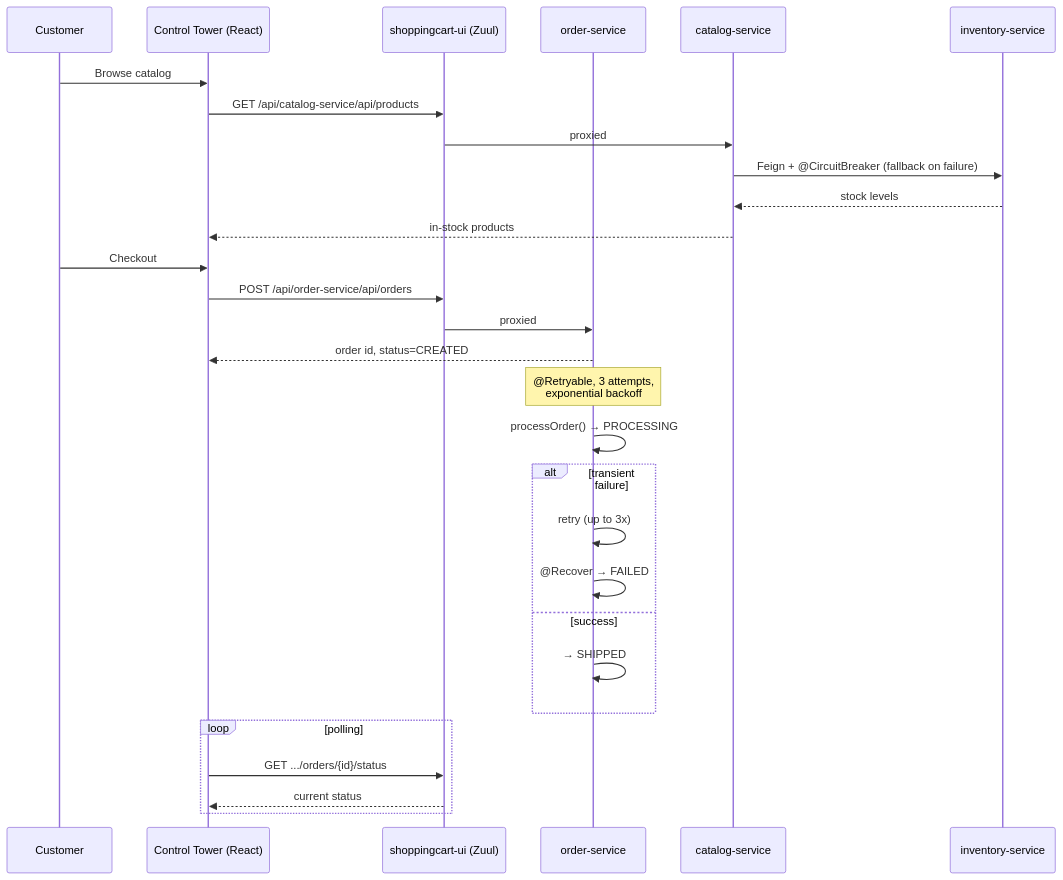
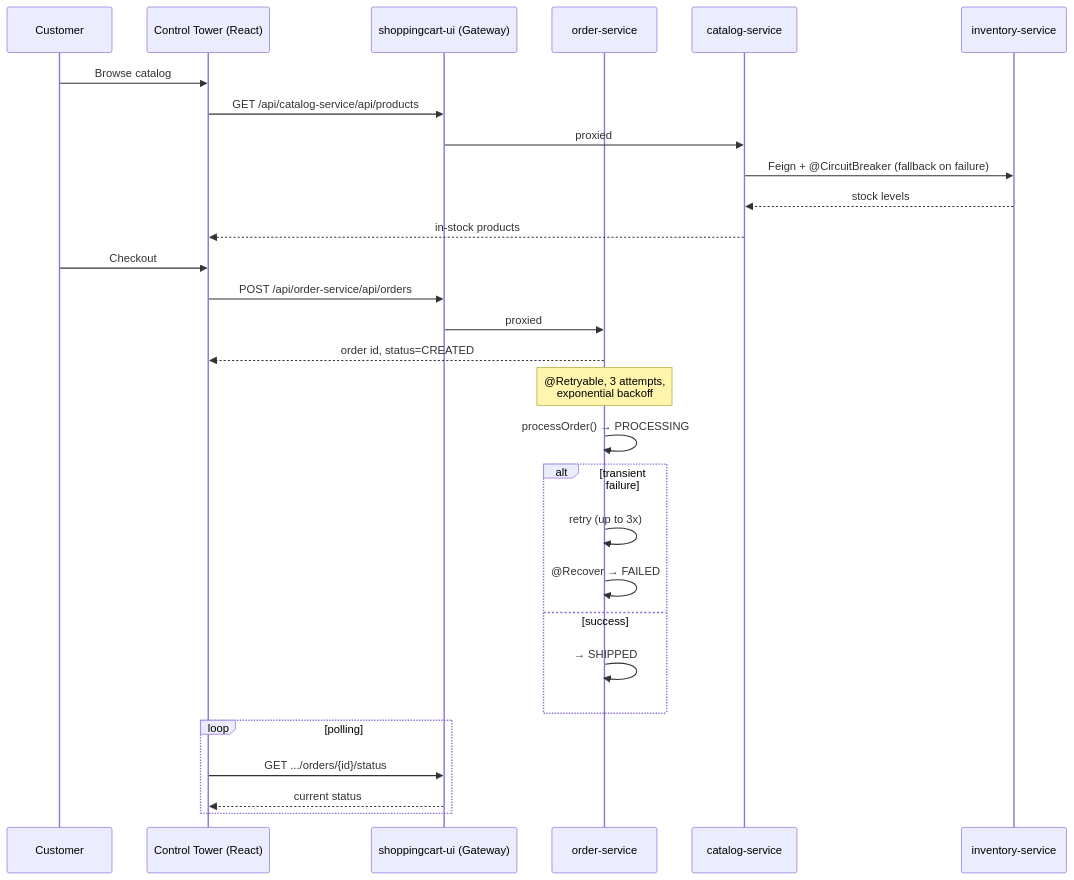
Before and after one commit to tanmaymish/doms-order-service: the second of 2 diagrams in README.md, drawn with Mermaid. The commit also changed other lines of this file and 42 other files, not shown here.

````diff
--- a/README.md
+++ b/README.md
@@ -92,35 +93,35 @@
 ```mermaid
 sequenceDiagram
     participant User as Customer
     participant UI as Control Tower (React)
-    participant Gateway as shoppingcart-ui (Zuul)
+    participant Gateway as shoppingcart-ui (Gateway)
     participant Orders as order-service
     participant Catalog as catalog-service
     participant Inventory as inventory-service
 
     User->>UI: Browse catalog
     UI->>Gateway: GET /api/catalog-service/api/products
     Gateway->>Catalog: proxied
     Catalog->>Inventory: Feign + @CircuitBreaker (fallback on failure)
     Inventory-->>Catalog: stock levels
     Catalog-->>UI: in-stock products
 
     User->>UI: Checkout
     UI->>Gateway: POST /api/order-service/api/orders
     Gateway->>Orders: proxied
     Orders-->>UI: order id, status=CREATED
 
     Note over Orders: @Retryable, 3 attempts,<br/>exponential backoff
     Orders->>Orders: processOrder() → PROCESSING
     alt transient failure
         Orders->>Orders: retry (up to 3x)
         Orders->>Orders: @Recover → FAILED
     else success
         Orders->>Orders: → SHIPPED
     end
 
     loop polling
         UI->>Gateway: GET .../orders/{id}/status
         Gateway-->>UI: current status
     end
 ```
````
